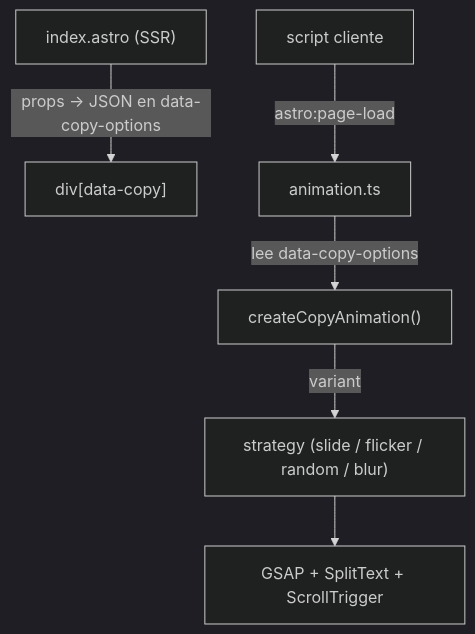
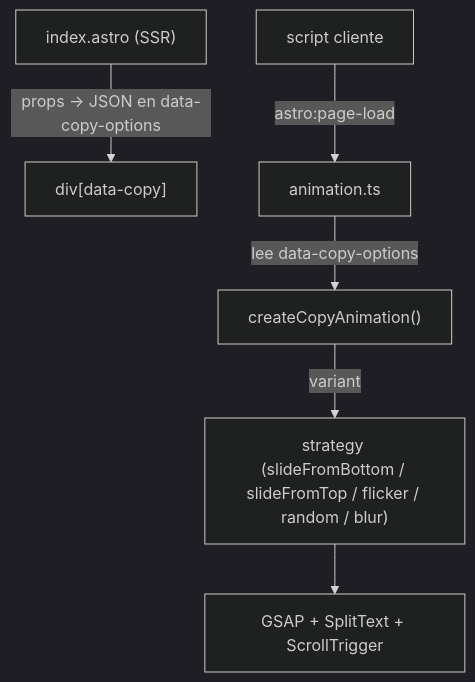
One commit to STYersonH/odyssey-studio changed the diagram in docs/copy-component.md. Above: the diagram before and after it, drawn with Mermaid (dark theme). The commit also changed other lines of this file and 6 other files, not shown here.

First line of the commit message:
feat(copy): add slideFromTop/Bottom variants and manual reinit

````diff
--- a/docs/copy-component.md
+++ b/docs/copy-component.md
@@ -34,8 +34,8 @@
 ```mermaid
 flowchart TD
   astro["index.astro (SSR)"] -->|"props → JSON en data-copy-options"| dom["div[data-copy]"]
   script["script cliente"] -->|"astro:page-load"| anim["animation.ts"]
   anim -->|"lee data-copy-options"| create["createCopyAnimation()"]
-  create -->|"variant"| strat["strategy (slide / flicker / random / blur)"]
+  create -->|"variant"| strat["strategy (slideFromBottom / slideFromTop / flicker / random / blur)"]
   strat --> gsap["GSAP + SplitText + ScrollTrigger"]
 ```
````
